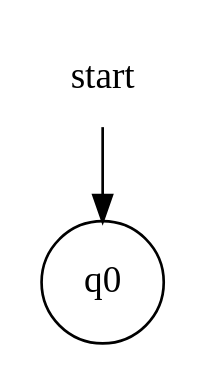
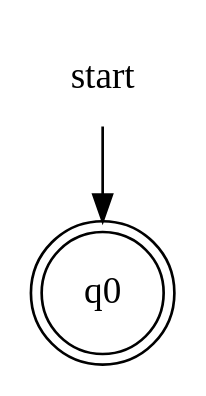
The diagram in Helix/testbestanden/Re-eNFA/Expectedfile3.dot (evertheylen/TA_TO), drawn with Graphviz before and after one commit.

```diff
--- a/Helix/testbestanden/Re-eNFA/Expectedfile3.dot
+++ b/Helix/testbestanden/Re-eNFA/Expectedfile3.dot
@@ -1,5 +1,6 @@
 digraph automaton {
     node [shape=none]; start;
+    node [shape=doublecircle]; "q0";
     node [shape=circle];
     start -> "q0";
 }
```
